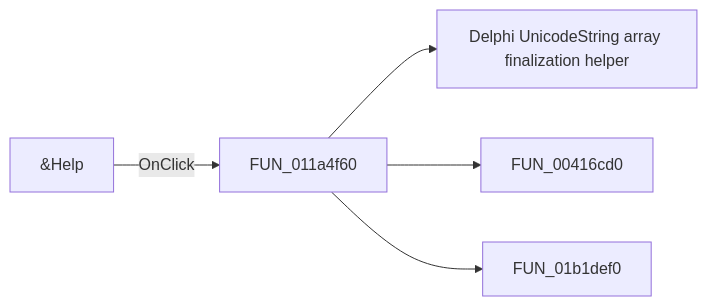
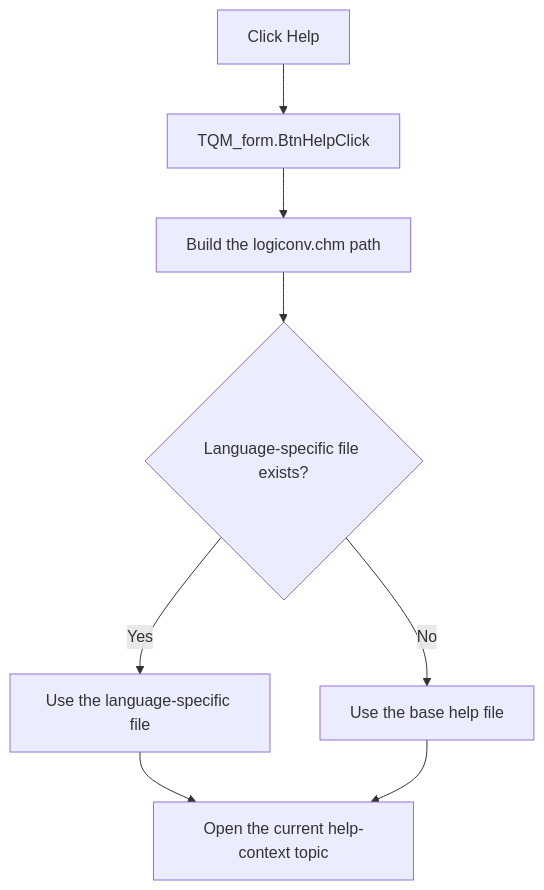
Before and after one commit to MovGP0/TIARA: the diagram in docs/ui-controls/qm-form/btnhelp-c5eecb70d2.md, drawn with Mermaid. The commit also changed other lines of this file and 1062 other files, not shown here.

````diff
--- a/docs/ui-controls/qm-form/btnhelp-c5eecb70d2.md
+++ b/docs/ui-controls/qm-form/btnhelp-c5eecb70d2.md
@@ -27,7 +29,10 @@
 ```mermaid
-flowchart LR
-    control["&Help"] -->|OnClick| handler["FUN_011a4f60"]
-    handler --> call1["Delphi UnicodeString array finalization helper"]
-    handler --> call2["FUN_00416cd0"]
-    handler --> call3["FUN_01b1def0"]
+flowchart TD
+    control["Click Help"] --> handler["TQM_form.BtnHelpClick"]
+    handler --> path["Build the logiconv.chm path"]
+    path --> choice{"Language-specific file exists?"}
+    choice -->|Yes| localized["Use the language-specific file"]
+    choice -->|No| base["Use the base help file"]
+    localized --> open["Open the current help-context topic"]
+    base --> open
 ```
````
